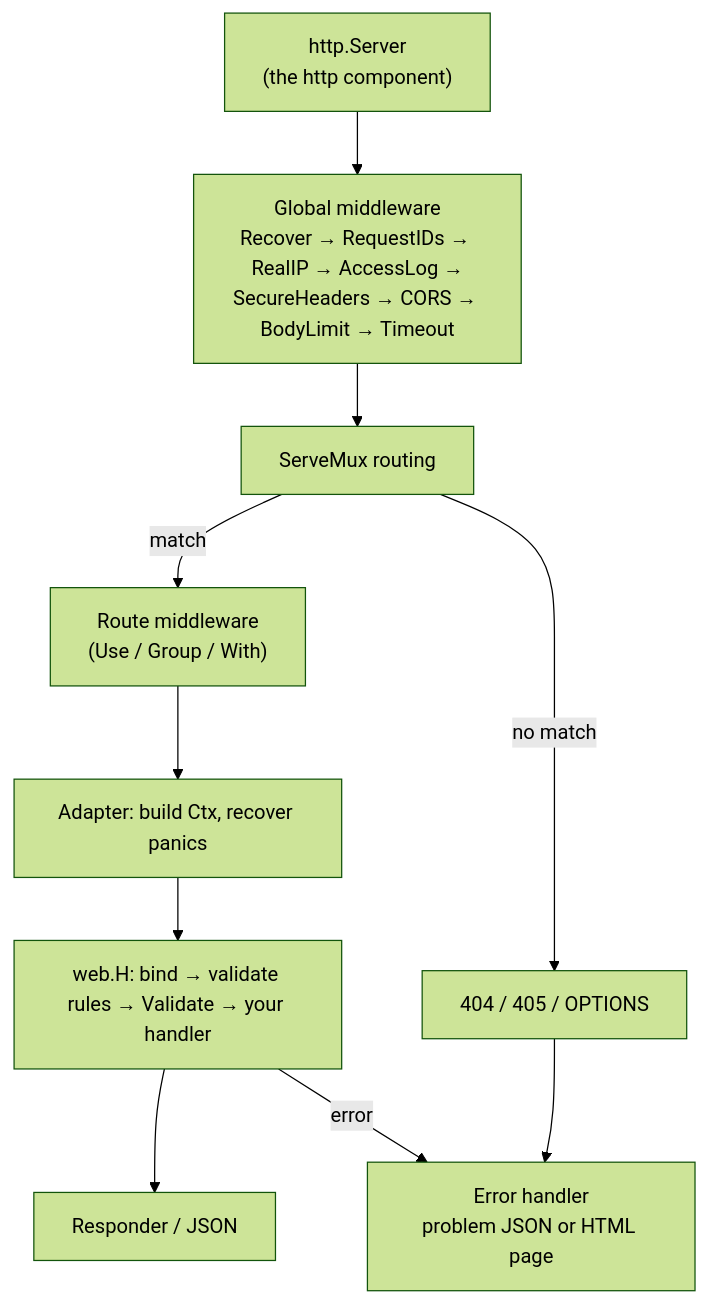
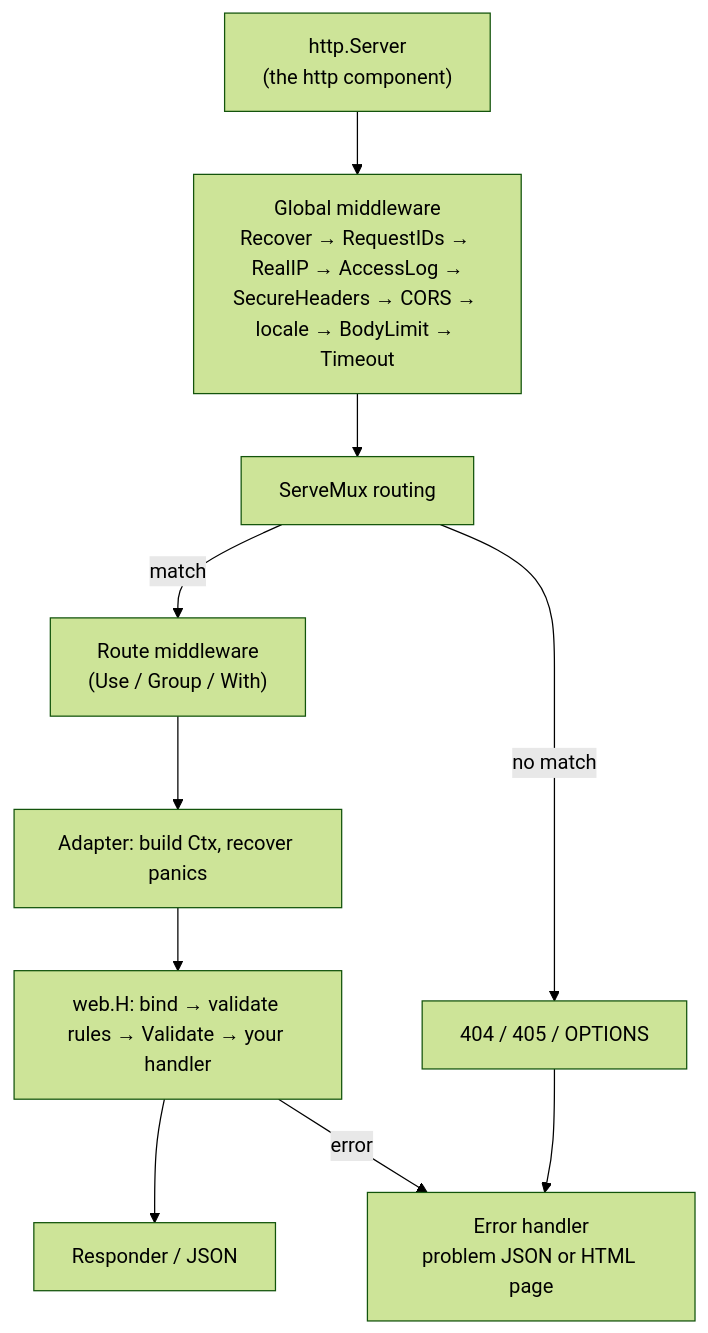
One commit to anetos-dev/anetos changed the diagram in docs/site/concepts/http-request-lifecycle.md. Above: the diagram before and after it, drawn with Mermaid (forest theme). The commit also changed other lines of this file and 37 other files, not shown here.

````diff
--- a/docs/site/concepts/http-request-lifecycle.md
+++ b/docs/site/concepts/http-request-lifecycle.md
@@ -13,12 +13,12 @@
 ```mermaid
 flowchart TB
-    A["http.Server<br/>(the http component)"] --> G["Global middleware<br/>Recover → RequestIDs → RealIP → AccessLog →<br/>SecureHeaders → CORS → BodyLimit → Timeout"]
+    A["http.Server<br/>(the http component)"] --> G["Global middleware<br/>Recover → RequestIDs → RealIP → AccessLog →<br/>SecureHeaders → CORS → locale → BodyLimit → Timeout"]
     G --> M["ServeMux routing"]
     M -->|match| R["Route middleware<br/>(Use / Group / With)"]
     M -->|no match| F["404 / 405 / OPTIONS"]
     R --> H["Adapter: build Ctx, recover panics"]
     H --> B["web.H: bind → validate rules → Validate → your handler"]
     B --> O["Responder / JSON"]
     B -->|error| E["Error handler<br/>problem JSON or HTML page"]
     F --> E
 ```
````
